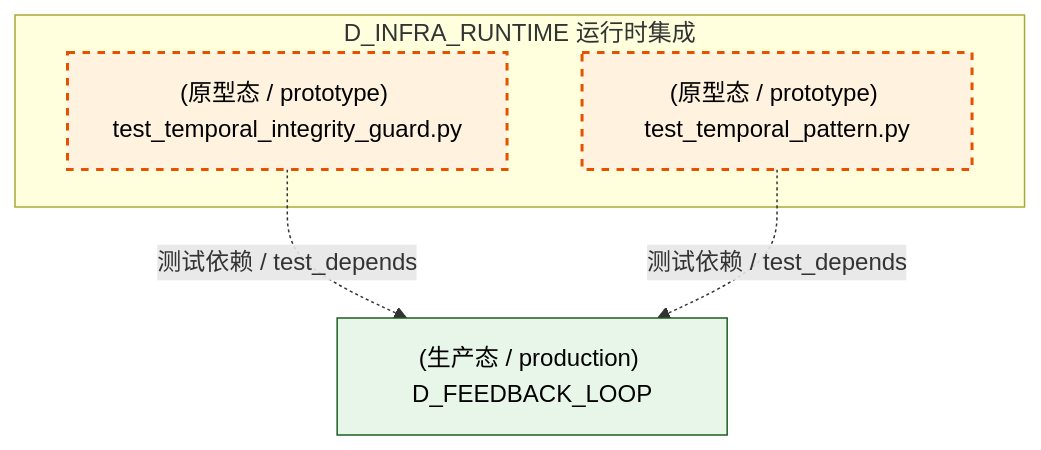
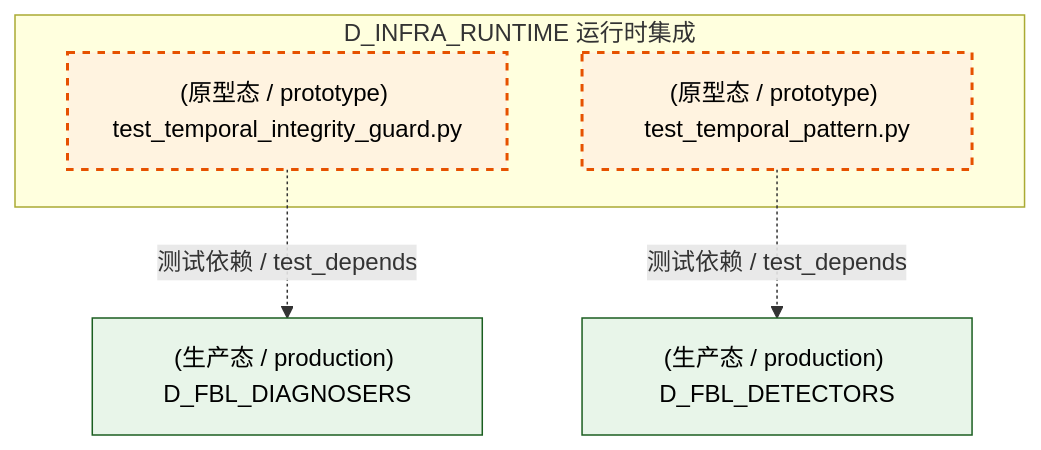
One commit to xuanFelixVan/ZephyrAlpha changed diagram 11 of 15 in docs/02_enterprise_architecture/02_domain_architecture_docs/04_d_infra_runtime.md. Above: the diagram before and after it, drawn with Mermaid. The commit also changed other lines of this file and 122 other files, not shown here.

````diff
--- a/docs/02_enterprise_architecture/02_domain_architecture_docs/04_d_infra_runtime.md
+++ b/docs/02_enterprise_architecture/02_domain_architecture_docs/04_d_infra_runtime.md
@@ -1253,16 +1258,17 @@
 ```mermaid
 graph TD
     subgraph D_INFRA_RUNTIME["D_INFRA_RUNTIME 运行时集成"]
         tests_temporal_test_temporal_integrity_guard_py["(原型态 / prototype) test_temporal_integrity_guard.py"]
         tests_temporal_test_temporal_pattern_py["(原型态 / prototype) test_temporal_pattern.py"]
     end
-    D_FEEDBACK_LOOP["(生产态 / production) D_FEEDBACK_LOOP"]
-    tests_temporal_test_temporal_integrity_guard_py -.->|测试依赖 / test_depends| D_FEEDBACK_LOOP
-    tests_temporal_test_temporal_pattern_py -.->|测试依赖 / test_depends| D_FEEDBACK_LOOP
+    D_FBL_DIAGNOSERS["(生产态 / production) D_FBL_DIAGNOSERS"]
+    tests_temporal_test_temporal_integrity_guard_py -.->|测试依赖 / test_depends| D_FBL_DIAGNOSERS
+    D_FBL_DETECTORS["(生产态 / production) D_FBL_DETECTORS"]
+    tests_temporal_test_temporal_pattern_py -.->|测试依赖 / test_depends| D_FBL_DETECTORS
     classDef production fill:#e1f5fe,stroke:#01579b,stroke-width:2px,color:#000
     classDef design fill:#fff3e0,stroke:#e65100,stroke-width:2px,color:#000,stroke-dasharray: 5 5
     classDef external_prod fill:#e8f5e9,stroke:#1b5e20,stroke-width:1px,color:#000
     classDef external_design fill:#fce4ec,stroke:#880e4f,stroke-width:1px,color:#000,stroke-dasharray: 5 5
     class tests_temporal_test_temporal_integrity_guard_py,tests_temporal_test_temporal_pattern_py design
-    class D_FEEDBACK_LOOP external_prod
+    class D_FBL_DIAGNOSERS,D_FBL_DETECTORS external_prod
 ```
````
